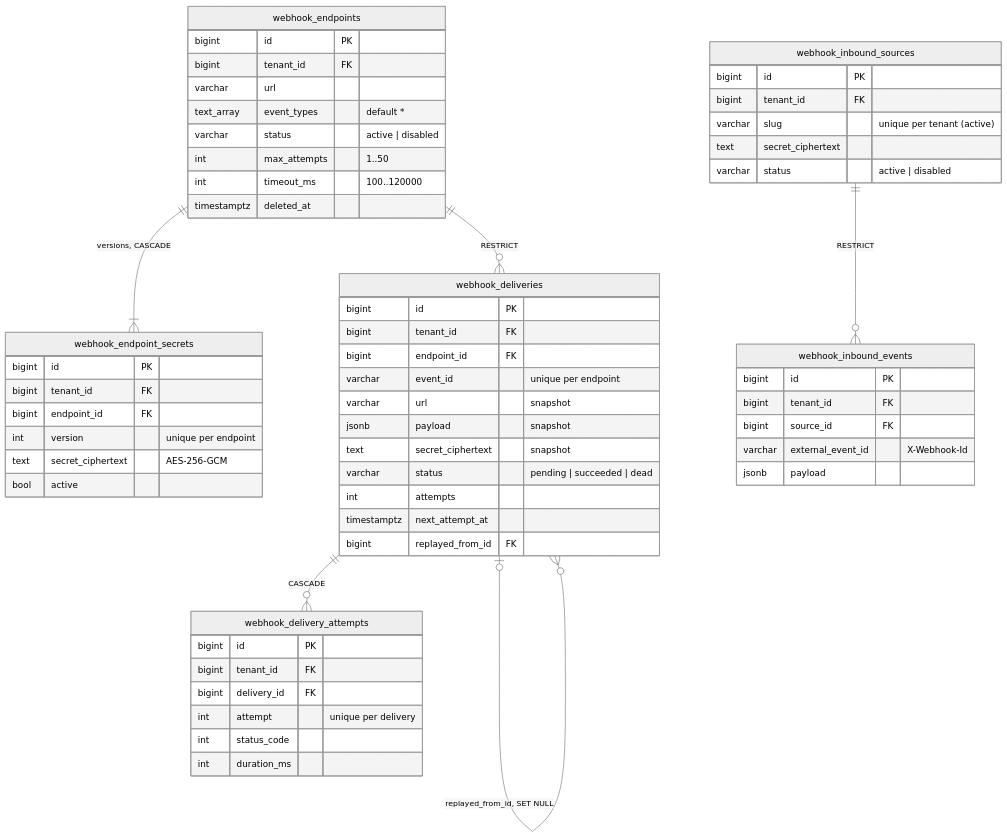
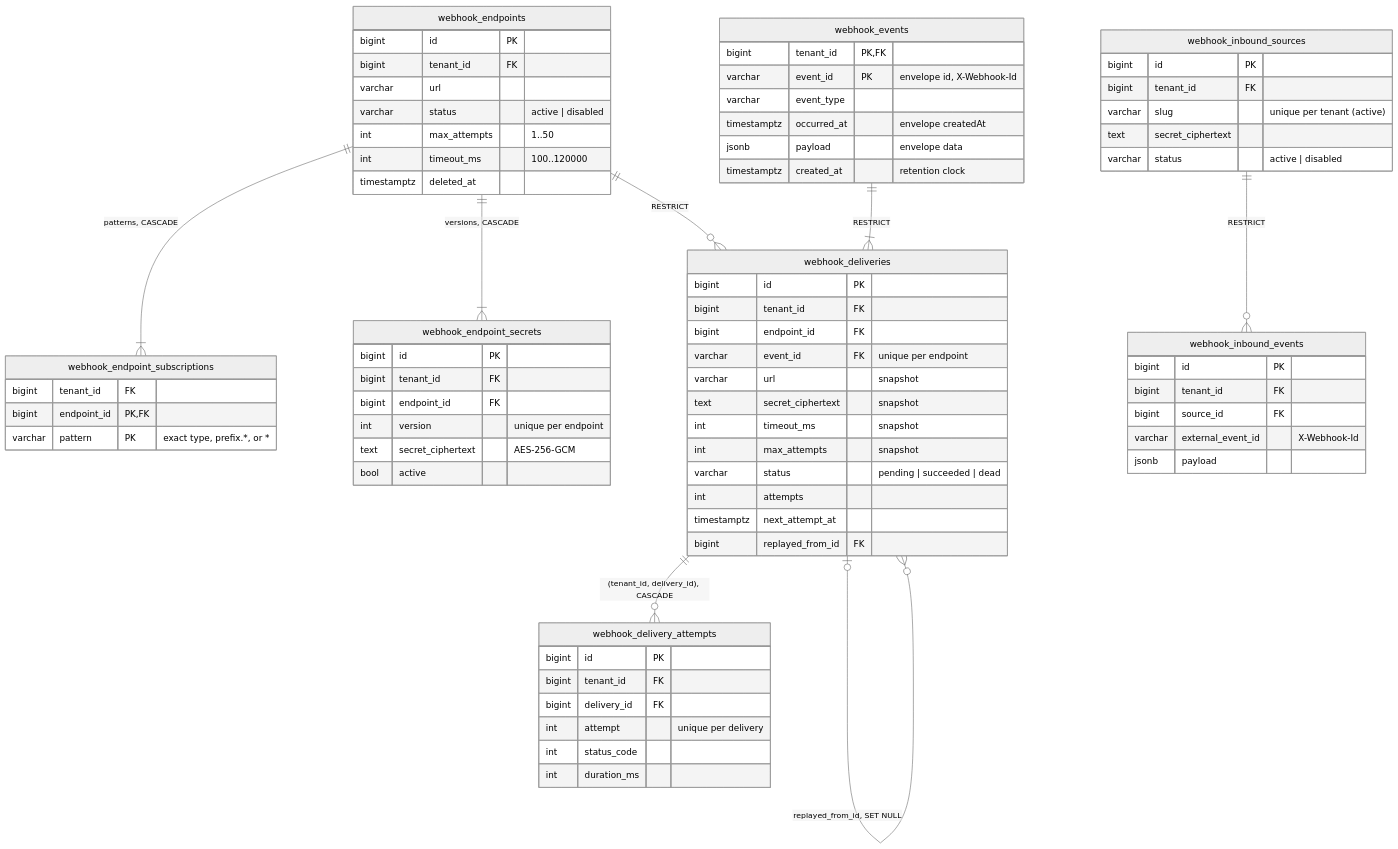
The third of 4 diagrams in docs/data-model.md (chuanghiduoc/fiber-golang-boilerplate), drawn with Mermaid (neutral theme) before and after one commit. The commit also changed other lines of this file and 71 other files, not shown here.

````diff
--- a/docs/data-model.md
+++ b/docs/data-model.md
@@ -163,62 +199,77 @@
 ```mermaid
 erDiagram
+    webhook_endpoints ||--|{ webhook_endpoint_subscriptions : "patterns, CASCADE"
     webhook_endpoints ||--|{ webhook_endpoint_secrets : "versions, CASCADE"
     webhook_endpoints ||--o{ webhook_deliveries : "RESTRICT"
-    webhook_deliveries ||--o{ webhook_delivery_attempts : "CASCADE"
+    webhook_events ||--|{ webhook_deliveries : "RESTRICT"
+    webhook_deliveries ||--o{ webhook_delivery_attempts : "(tenant_id, delivery_id), CASCADE"
     webhook_deliveries |o--o{ webhook_deliveries : "replayed_from_id, SET NULL"
     webhook_inbound_sources ||--o{ webhook_inbound_events : "RESTRICT"
 
     webhook_endpoints {
         bigint id PK
         bigint tenant_id FK
         varchar url
-        text_array event_types "default *"
         varchar status "active | disabled"
         int max_attempts "1..50"
         int timeout_ms "100..120000"
         timestamptz deleted_at
+    }
+    webhook_endpoint_subscriptions {
+        bigint tenant_id FK
+        bigint endpoint_id PK, FK
+        varchar pattern PK "exact type, prefix.*, or *"
     }
     webhook_endpoint_secrets {
         bigint id PK
         bigint tenant_id FK
         bigint endpoint_id FK
         int version "unique per endpoint"
         text secret_ciphertext "AES-256-GCM"
         bool active
     }
+    webhook_events {
+        bigint tenant_id PK, FK
+        varchar event_id PK "envelope id, X-Webhook-Id"
+        varchar event_type
+        timestamptz occurred_at "envelope createdAt"
+        jsonb payload "envelope data"
+        timestamptz created_at "retention clock"
+    }
     webhook_deliveries {
         bigint id PK
         bigint tenant_id FK
         bigint endpoint_id FK
-        varchar event_id "unique per endpoint"
+        varchar event_id FK "unique per endpoint"
         varchar url "snapshot"
-        jsonb payload "snapshot"
         text secret_ciphertext "snapshot"
+        int timeout_ms "snapshot"
+        int max_attempts "snapshot"
         varchar status "pending | succeeded | dead"
         int attempts
         timestamptz next_attempt_at
         bigint replayed_from_id FK
     }
     webhook_delivery_attempts {
         bigint id PK
         bigint tenant_id FK
         bigint delivery_id FK
         int attempt "unique per delivery"
         int status_code
         int duration_ms
     }
     webhook_inbound_sources {
         bigint id PK
         bigint tenant_id FK
         varchar slug "unique per tenant (active)"
         text secret_ciphertext
         varchar status "active | disabled"
     }
     webhook_inbound_events {
         bigint id PK
         bigint tenant_id FK
         bigint source_id FK
         varchar external_event_id "X-Webhook-Id"
         jsonb payload
     }
 ```
````
